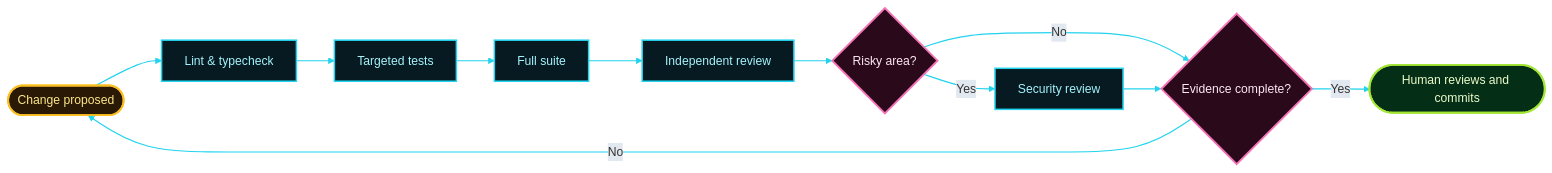
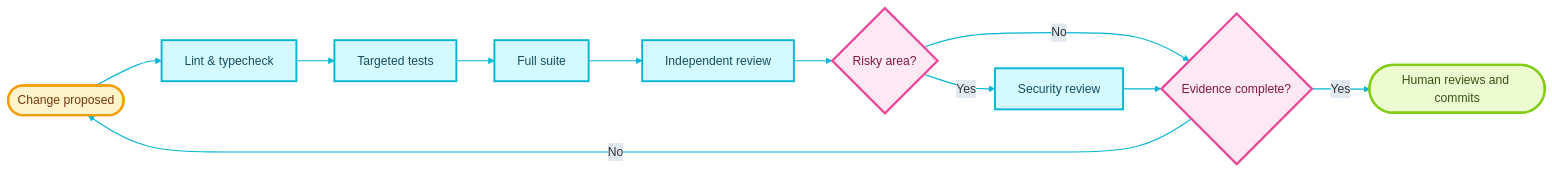
Before and after one commit to GabrielAlmeidaFlores/OPENCODE-TOOL-ENHANCER: the sixth of 6 diagrams in README.md, drawn with Mermaid. The commit also changed other lines of this file and 4 other files, not shown here.

Commit message:
docs: switch Mermaid diagrams to a translucent glass-neon palette

````diff
--- a/README.md
+++ b/README.md
@@ -432,24 +432,24 @@
 ```mermaid
-%%{init: {"theme":"base","themeVariables":{"fontFamily":"Inter, system-ui, sans-serif","lineColor":"#22D3EE","edgeLabelBackground":"#E2E8F0"}}}%%
+%%{init: {"theme":"base","themeVariables":{"fontFamily":"Inter, system-ui, sans-serif","lineColor":"#06B6D4","edgeLabelBackground":"#E2E8F0"}}}%%
 flowchart LR
     CHANGE([Change proposed]) --> L[Lint & typecheck]
     L --> T[Targeted tests]
     T --> F[Full suite]
     F --> RV[Independent review]
     RV --> RISK{Risky area?}
     RISK -->|Yes| SEC[Security review]
     RISK -->|No| EVIDENCE{Evidence complete?}
     SEC --> EVIDENCE
     EVIDENCE -->|Yes| HUMAN([Human reviews and commits])
     EVIDENCE -->|No| CHANGE
 
-    classDef change fill:#2A1A05,stroke:#FBBF24,stroke-width:2.5px,color:#FDE68A
-    classDef step fill:#071A22,stroke:#22D3EE,stroke-width:2px,color:#A5F3FC
-    classDef decision fill:#2A0A1A,stroke:#F472B6,stroke-width:2.5px,color:#FCE7F3
-    classDef done fill:#052E16,stroke:#A3E635,stroke-width:2.5px,color:#ECFCCB
+    classDef change fill:#FEF3C7,fill-opacity:0.9,stroke:#F59E0B,stroke-width:3px,color:#78350F
+    classDef step fill:#CFFAFE,fill-opacity:0.9,stroke:#06B6D4,stroke-width:2.5px,color:#164E63
+    classDef decision fill:#FCE7F3,fill-opacity:0.9,stroke:#EC4899,stroke-width:3px,color:#831843
+    classDef done fill:#ECFCCB,fill-opacity:0.9,stroke:#84CC16,stroke-width:3px,color:#365314
     class CHANGE change
     class L,T,F,RV,SEC step
     class RISK,EVIDENCE decision
     class HUMAN done
-    linkStyle default stroke:#22D3EE,stroke-width:1.5px
+    linkStyle default stroke:#06B6D4,stroke-width:1.5px
 ```
````
